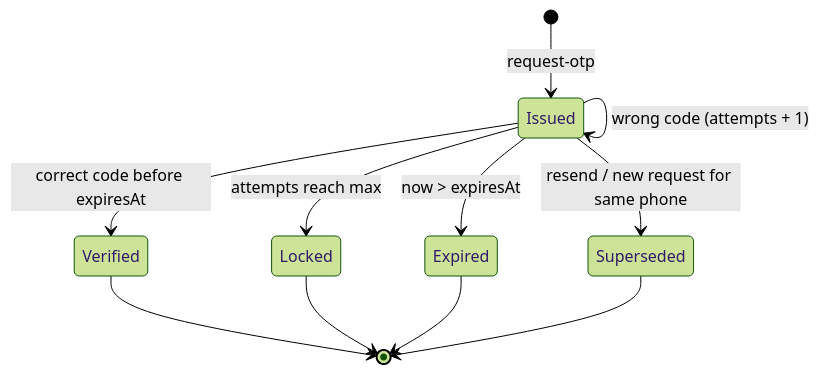
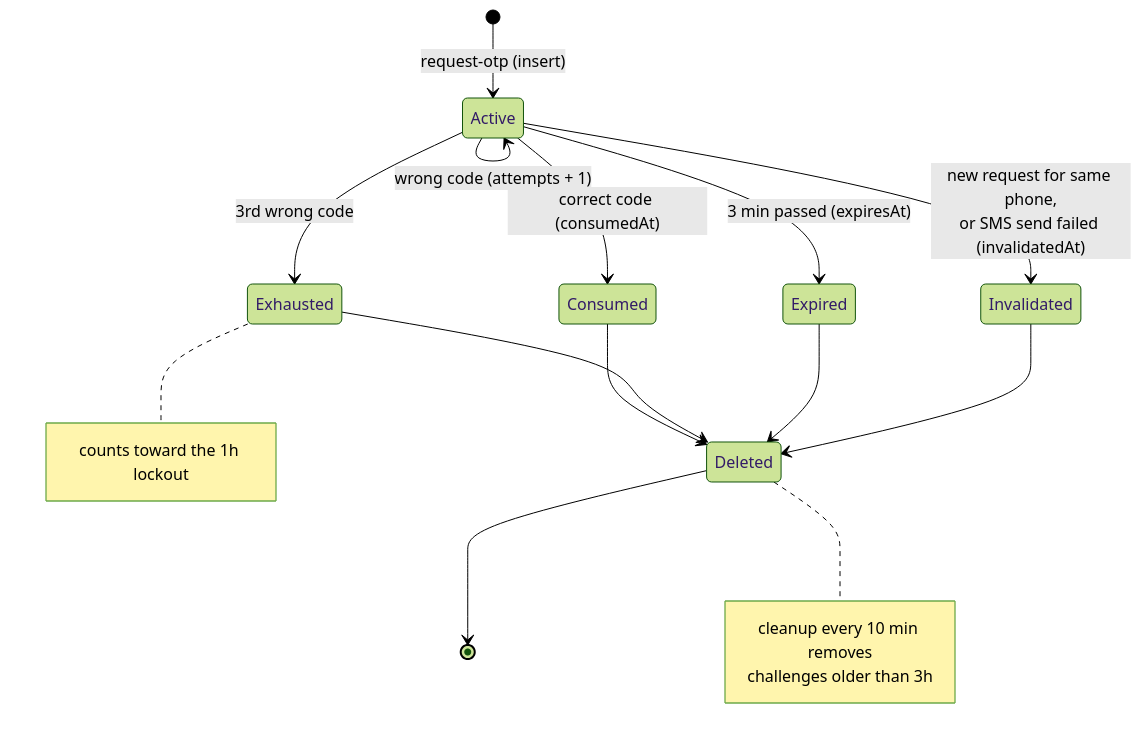
The seventh of 10 diagrams in FLOW.md (ormizj/OtpAuthAssessment), drawn with Mermaid (forest theme) before and after one commit. The commit also changed other lines of this file and 2 other files, not shown here.

Commit message:
Document assumptions and update flow diagrams to the implemented app

````diff
--- a/FLOW.md
+++ b/FLOW.md
@@ -245,13 +259,17 @@
 ```mermaid
 stateDiagram-v2
-    [*] --> Issued: request-otp
-    Issued --> Verified: correct code before expiresAt
-    Issued --> Issued: wrong code (attempts + 1)
-    Issued --> Locked: attempts reach max
-    Issued --> Expired: now > expiresAt
-    Issued --> Superseded: resend / new request for same phone
-    Verified --> [*]
-    Locked --> [*]
-    Expired --> [*]
-    Superseded --> [*]
+    [*] --> Active: request-otp (insert)
+    Active --> Active: wrong code (attempts + 1)
+    Active --> Consumed: correct code (consumedAt)
+    Active --> Exhausted: 3rd wrong code
+    Active --> Expired: 3 min passed (expiresAt)
+    Active --> Invalidated: new request for same phone,<br/>or SMS send failed (invalidatedAt)
+    Consumed --> Deleted
+    Exhausted --> Deleted
+    Expired --> Deleted
+    Invalidated --> Deleted
+    Deleted --> [*]
+
+    note right of Exhausted: counts toward the 1h lockout
+    note right of Deleted: cleanup every 10 min removes<br/>challenges older than 3h
 ```
````
